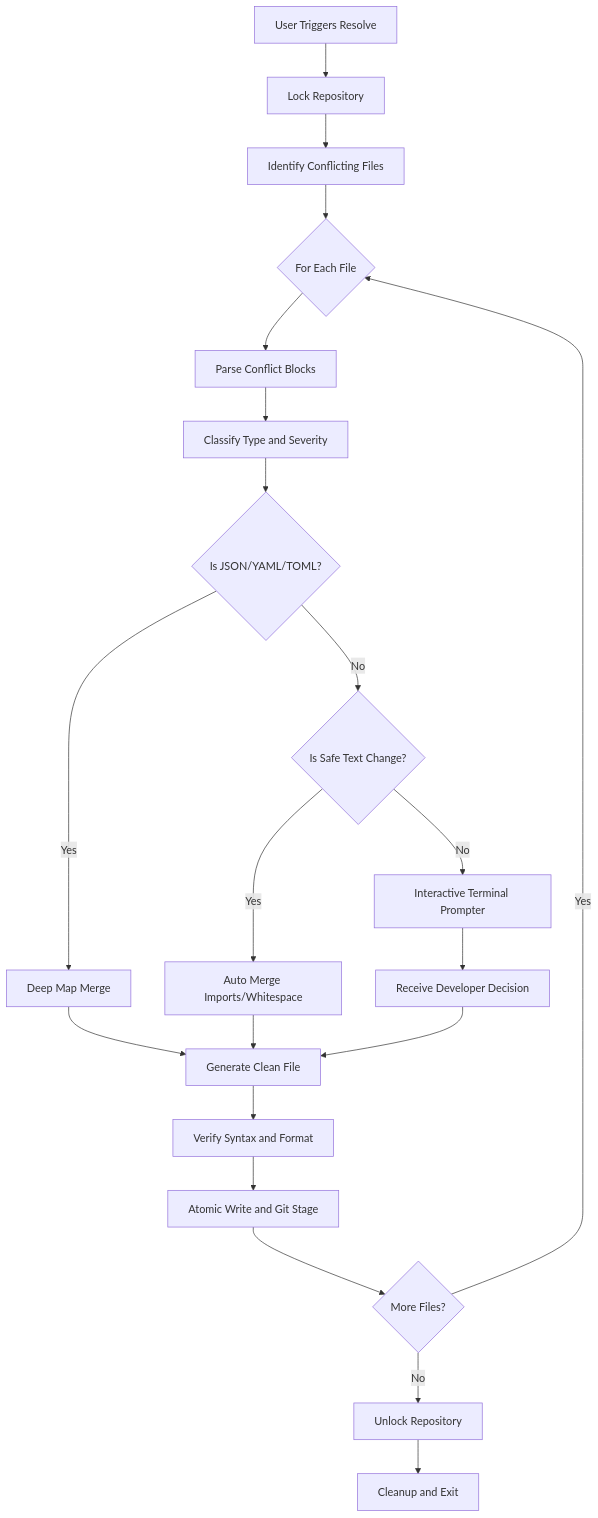
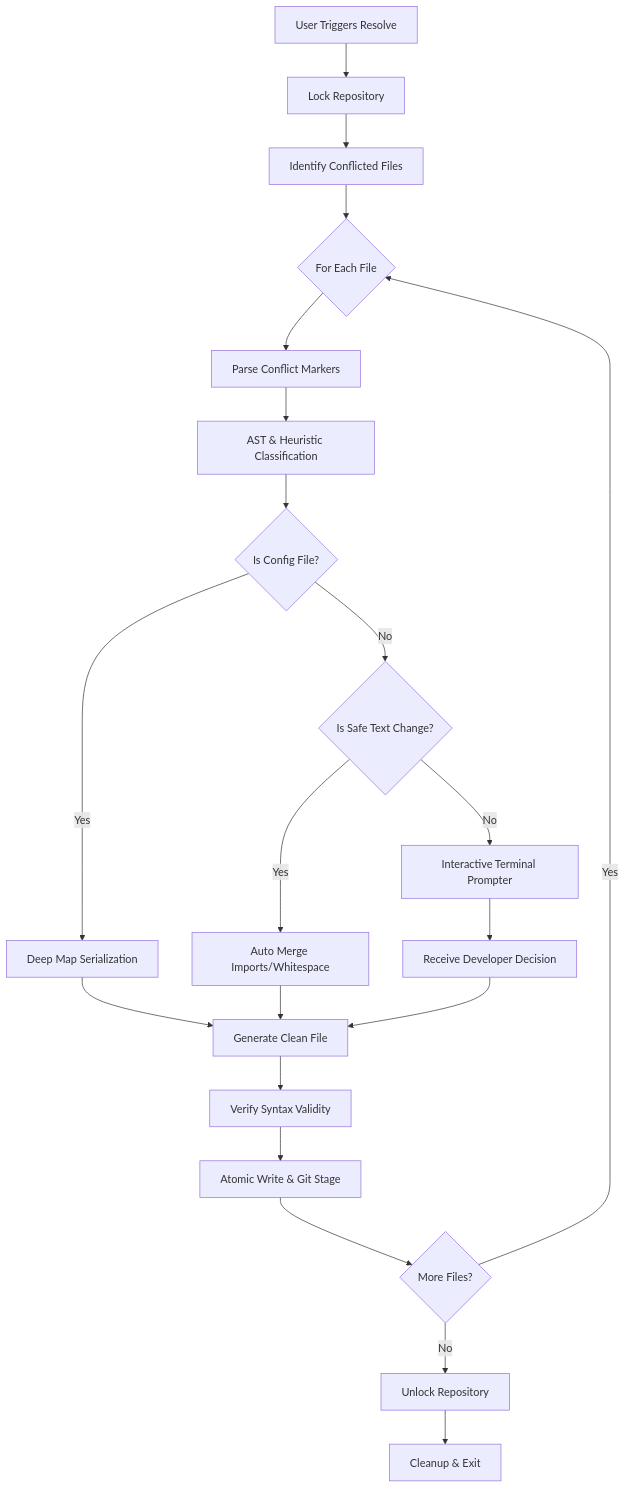
One commit to jhanvi857/gitresolve changed the diagram in README.md. Above: the diagram before and after it, drawn with Mermaid. The commit also changed other lines of this file, not shown here.

Commit message:
refactor:README with more clear format

````diff
--- a/README.md
+++ b/README.md
@@ -30,29 +40,29 @@
 ```mermaid
 flowchart TD
     Start[User Triggers Resolve] --> LockRepo[Lock Repository]
-    LockRepo --> ReadGit[Identify Conflicting Files]
+    LockRepo --> ReadGit[Identify Conflicted Files]
     ReadGit --> LoopFiles{For Each File}
     
-    LoopFiles --> Parsed[Parse Conflict Blocks]
-    Parsed --> Classify[Classify Type and Severity]
+    LoopFiles --> Parsed[Parse Conflict Markers]
+    Parsed --> Classify[AST & Heuristic Classification]
     
-    Classify --> IsStructured{Is JSON/YAML/TOML?}
-    IsStructured -- Yes --> StructuralMerge[Deep Map Merge]
+    Classify --> IsStructured{Is Config File?}
+    IsStructured -- Yes --> StructuralMerge[Deep Map Serialization]
     StructuralMerge --> Output[Generate Clean File]
     
     IsStructured -- No --> IsSafeText{Is Safe Text Change?}
     IsSafeText -- Yes --> AutoResolve[Auto Merge Imports/Whitespace]
     AutoResolve --> Output
     
     IsSafeText -- No --> UserInput[Interactive Terminal Prompter]
     UserInput --> ReceiveInput[Receive Developer Decision]
     ReceiveInput --> Output
     
-    Output --> Verify[Verify Syntax and Format]
-    Verify --> Write[Atomic Write and Git Stage]
+    Output --> Verify[Verify Syntax Validity]
+    Verify --> Write[Atomic Write & Git Stage]
     Write --> NextFile{More Files?}
     
     NextFile -- Yes --> LoopFiles
     NextFile -- No --> Unlock[Unlock Repository]
-    Unlock --> Finish[Cleanup and Exit]
+    Unlock --> Finish[Cleanup & Exit]
 ```
````
